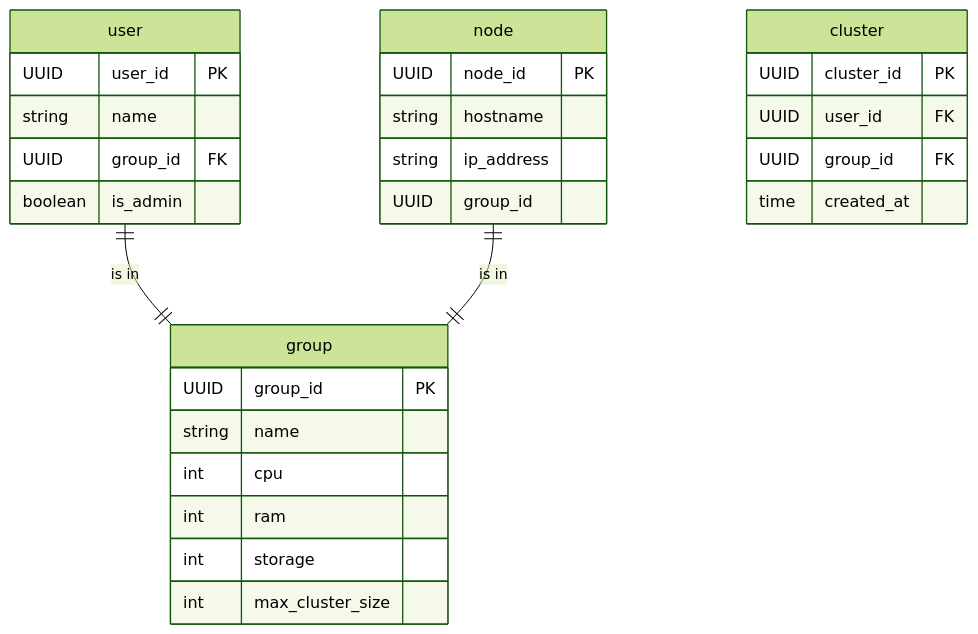
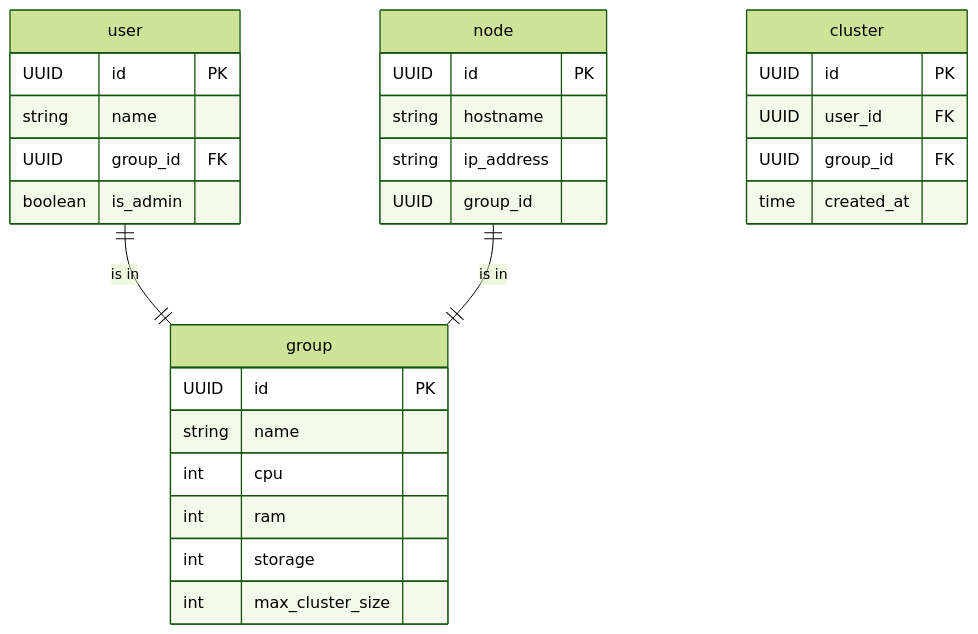
The diagram in nodes-grpc-backend-local/README.md (urdhanaka/ds_final_boss), drawn with Mermaid (forest theme) before and after one commit. The commit also changed 182 other files, not shown here.

````diff
--- a/nodes-grpc-backend-local/README.md
+++ b/nodes-grpc-backend-local/README.md
@@ -5,35 +5,35 @@
 ```mermaid
 erDiagram
     user {
-        UUID user_id PK
+        UUID id PK
         string name
         UUID group_id FK
         boolean is_admin
     }
     
     group {
-        UUID group_id PK
+        UUID id PK
         string name
         int cpu
         int ram
         int storage
         int max_cluster_size
     }
     
     node {
-        UUID node_id PK
+        UUID id PK
         string hostname
         string ip_address
         UUID group_id
     }
     
     cluster {
-        UUID cluster_id PK
+        UUID id PK
         UUID user_id FK
         UUID group_id FK
         time created_at
     }
 
     user ||--|| group : "is in"
     node ||--|| group : "is in"
 ```
````
